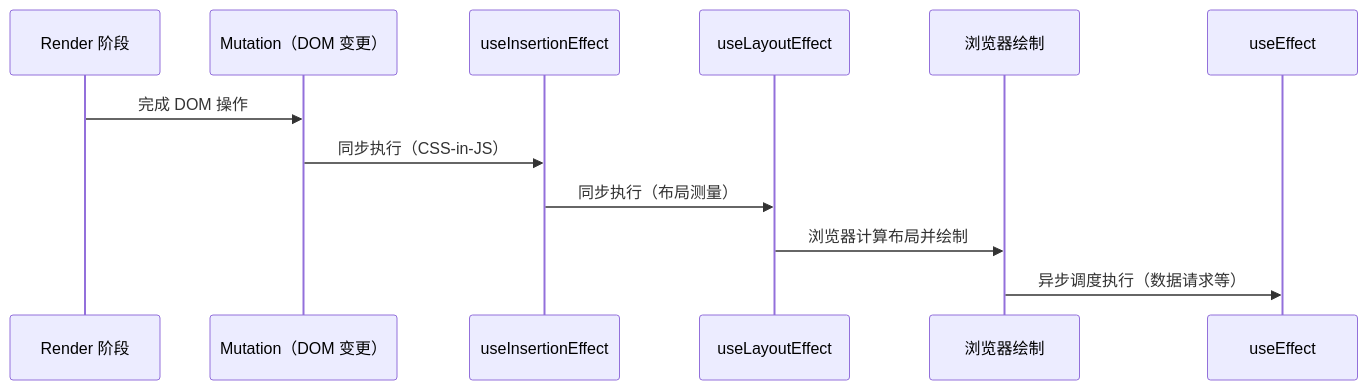
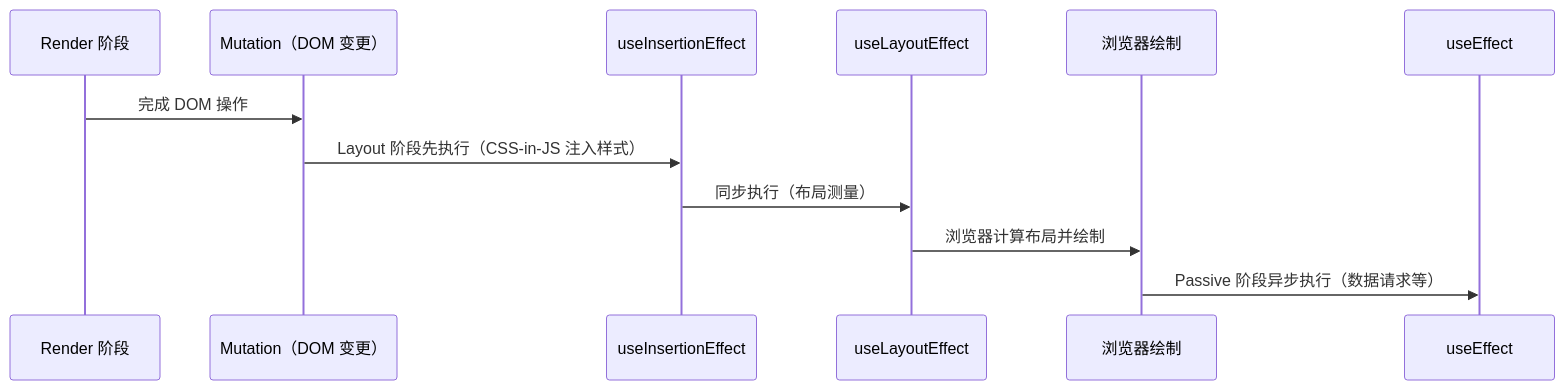
The second of 2 diagrams in apps/docs/frameworks/react/advanced/core-design/effects.md (sentibeitaokong/CoreFront-EndConcepts), drawn with Mermaid before and after one commit. The commit also changed other lines of this file and 4 other files, not shown here.

````diff
--- a/apps/docs/frameworks/react/advanced/core-design/effects.md
+++ b/apps/docs/frameworks/react/advanced/core-design/effects.md
@@ -93,15 +399,15 @@
 ```mermaid
 sequenceDiagram
     participant R as Render 阶段
     participant M as Mutation（DOM 变更）
     participant IE as useInsertionEffect
     participant LE as useLayoutEffect
     participant P as 浏览器绘制
     participant E as useEffect
 
     R->>M: 完成 DOM 操作
-    M->>IE: 同步执行（CSS-in-JS）
+    M->>IE: Layout 阶段先执行（CSS-in-JS 注入样式）
     IE->>LE: 同步执行（布局测量）
     LE->>P: 浏览器计算布局并绘制
-    P->>E: 异步调度执行（数据请求等）
+    P->>E: Passive 阶段异步执行（数据请求等）
 ```
````
